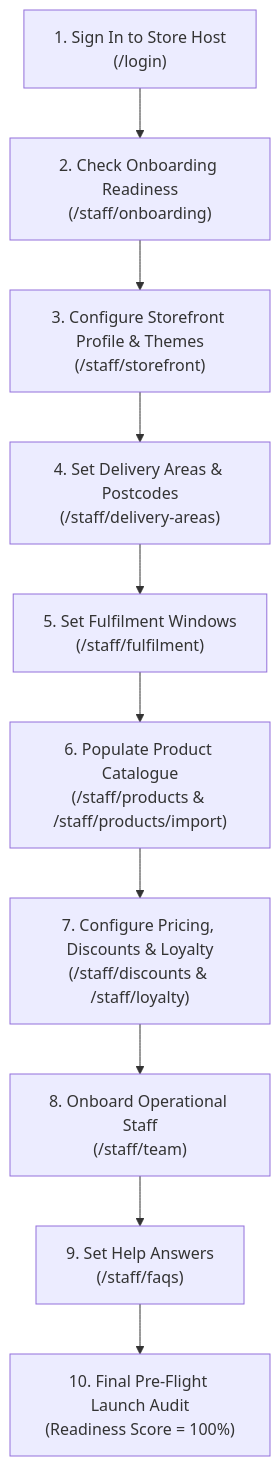
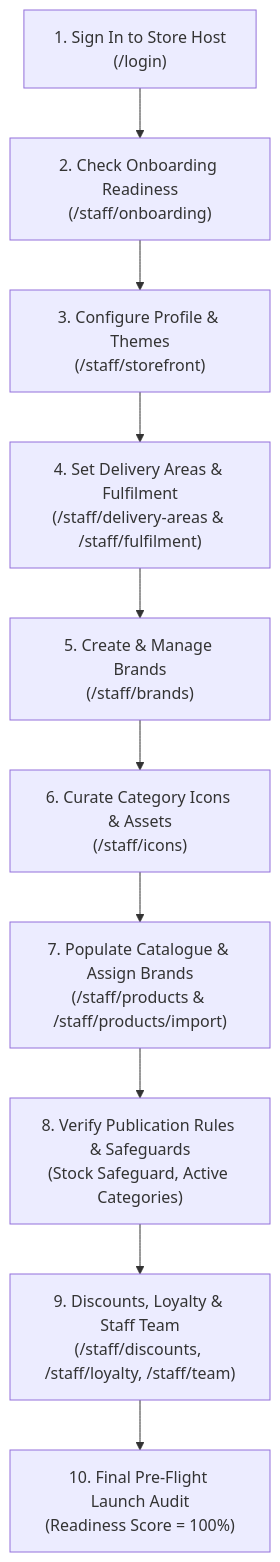
One commit to sriahead/aheed-online-store changed the second of 6 diagrams in docs/client-help-centre/user-journeys.md. Above: the diagram before and after it, drawn with Mermaid. The commit also changed other lines of this file and 15 other files, not shown here.

````diff
--- a/docs/client-help-centre/user-journeys.md
+++ b/docs/client-help-centre/user-journeys.md
@@ -81,12 +81,12 @@
 ```mermaid
 flowchart TD
     VA1["1. Sign In to Store Host<br/>(/login)"] --> VA2["2. Check Onboarding Readiness<br/>(/staff/onboarding)"]
-    VA2 --> VA3["3. Configure Storefront Profile & Themes<br/>(/staff/storefront)"]
-    VA3 --> VA4["4. Set Delivery Areas & Postcodes<br/>(/staff/delivery-areas)"]
-    VA4 --> VA5["5. Set Fulfilment Windows<br/>(/staff/fulfilment)"]
-    VA5 --> VA6["6. Populate Product Catalogue<br/>(/staff/products & /staff/products/import)"]
-    VA6 --> VA7["7. Configure Pricing, Discounts & Loyalty<br/>(/staff/discounts & /staff/loyalty)"]
-    VA7 --> VA8["8. Onboard Operational Staff<br/>(/staff/team)"]
-    VA8 --> VA9["9. Set Help Answers<br/>(/staff/faqs)"]
+    VA2 --> VA3["3. Configure Profile & Themes<br/>(/staff/storefront)"]
+    VA3 --> VA4["4. Set Delivery Areas & Fulfilment<br/>(/staff/delivery-areas & /staff/fulfilment)"]
+    VA4 --> VA5["5. Create & Manage Brands<br/>(/staff/brands)"]
+    VA5 --> VA6["6. Curate Category Icons & Assets<br/>(/staff/icons)"]
+    VA6 --> VA7["7. Populate Catalogue & Assign Brands<br/>(/staff/products & /staff/products/import)"]
+    VA7 --> VA8["8. Verify Publication Rules & Safeguards<br/>(Stock Safeguard, Active Categories)"]
+    VA8 --> VA9["9. Discounts, Loyalty & Staff Team<br/>(/staff/discounts, /staff/loyalty, /staff/team)"]
     VA9 --> VA10["10. Final Pre-Flight Launch Audit<br/>(Readiness Score = 100%)"]
 ```
````
